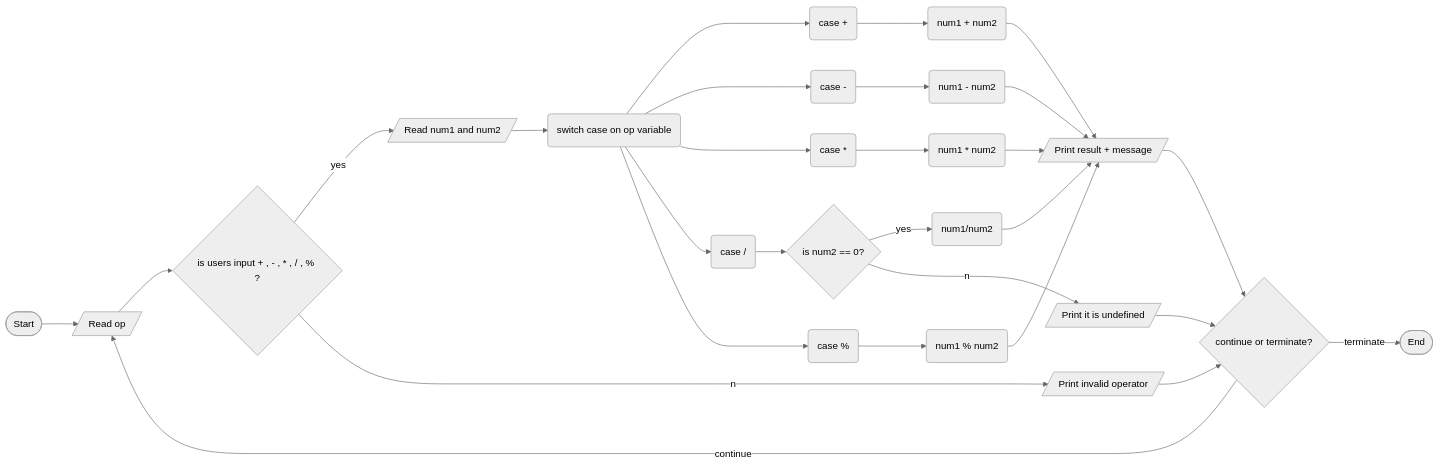
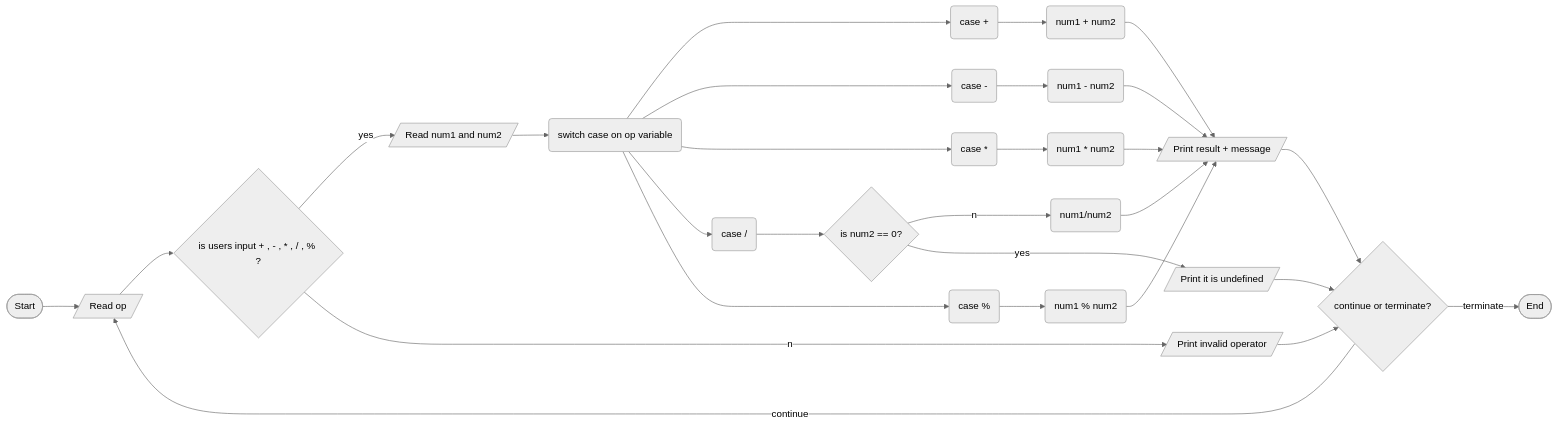
One commit to SWEG-2015EC-Batch/Byte-Bandits changed the diagram in ETS1157_15_Robel_Desalegn/Activity_3.1/Basic_Arithmetic_Calculator/calculator.md. Above: the diagram before and after it, drawn with Mermaid (neutral theme). The commit also changed other lines of this file and 11 other files, not shown here.

````diff
--- a/ETS1157_15_Robel_Desalegn/Activity_3.1/Basic_Arithmetic_Calculator/calculator.md
+++ b/ETS1157_15_Robel_Desalegn/Activity_3.1/Basic_Arithmetic_Calculator/calculator.md
@@ -50,52 +50,52 @@
 ```mermaid
 graph LR;
 id1([Start]);
 id2[/Read op/];
 id3{is users input + , - , * , / , % ?};
 id4[/Read num1 and num2/];
 id5(switch case on op variable);
 id6(case + );
 id7(case - );
 id8(case * );
 id9(case / );
 id10(case % );
 id11(num1 + num2);
 id12(num1 - num2);
 id13(num1 * num2);
 id14(num1/num2);
 id15(num1 % num2);
 id16{is num2 == 0?};
 id17[/Print result + message/];
 id18{continue or terminate?};
 id19([End]);
 id20[/Print invalid operator/];
 id21[/Print it is undefined/];
 id1-->id2;
 id2-->id3;
 id3--yes-->id4;
 id3--no-->id20;
 id4-->id5;
 id5-->id6;
 id5-->id7;
 id5-->id8;
 id5-->id9;
 id5-->id10;
 id6-->id11;
 id7-->id12;
 id8-->id13;
 id9-->id16;
 id10-->id15;
-id16--yes-->id14;
-id16--no-->id21;
+id16--no-->id14;
+id16--yes-->id21;
 id21-->id18;
 id11-->id17;
 id12-->id17;
 id13-->id17;
 id14-->id17;
 id15-->id17;
 id17-->id18;
 id20-->id18
 id18--continue-->id2;
 id18--terminate-->id19;
 
 ```
````
